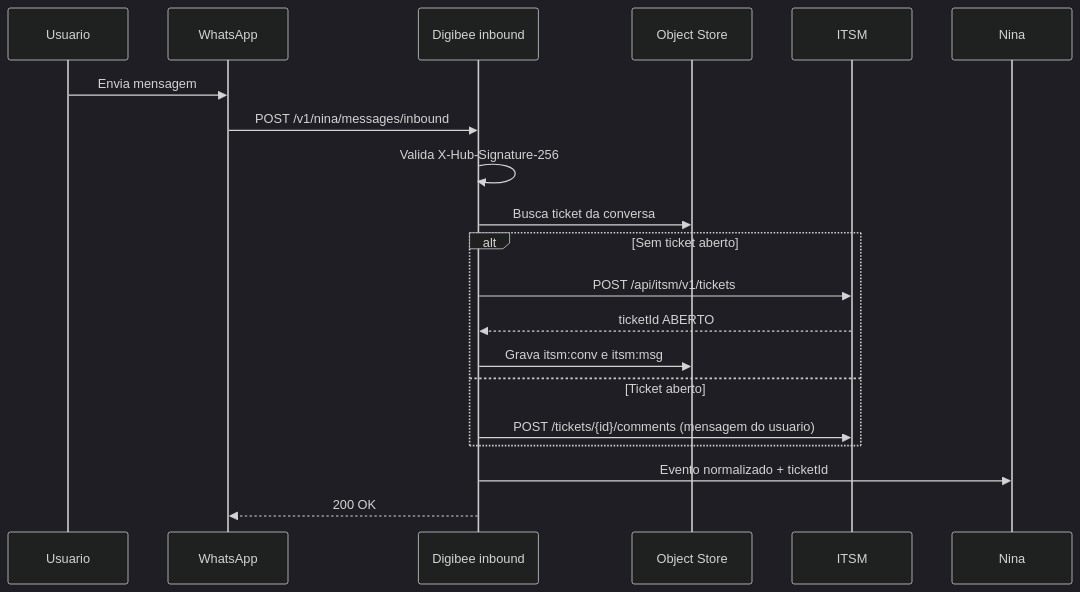
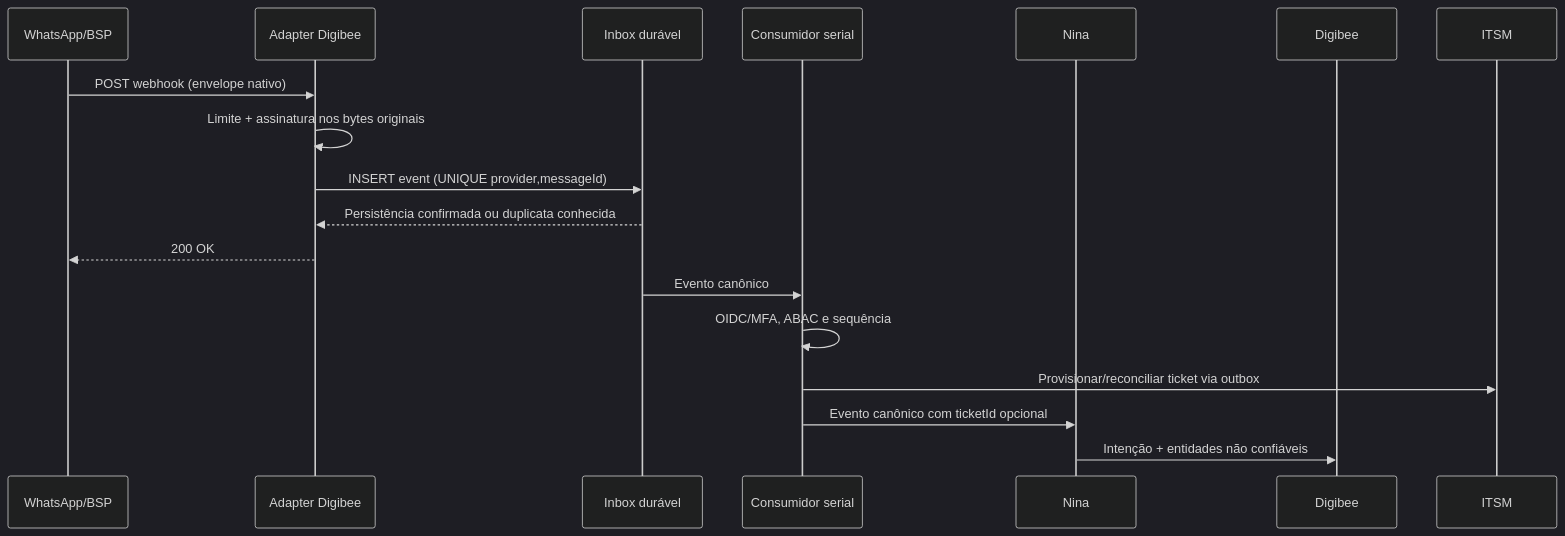
The second of 6 diagrams in README.md (anderson-figueiredo/rtvgpt-nina), drawn with Mermaid (dark theme) before and after one commit. The commit also changed other lines of this file and 3 other files, not shown here.

````diff
--- a/README.md
+++ b/README.md
@@ -423,23 +95,21 @@
 ```mermaid
 sequenceDiagram
-    participant U as Usuario
-    participant W as WhatsApp
-    participant D as Digibee inbound
-    participant S as Object Store
-    participant I as ITSM
+    participant W as WhatsApp/BSP
+    participant A as Adapter Digibee
+    participant I as Inbox durável
+    participant Q as Consumidor serial
     participant N as Nina
+    participant D as Digibee
+    participant T as ITSM
 
-    U->>W: Envia mensagem
-    W->>D: POST /v1/nina/messages/inbound
-    D->>D: Valida X-Hub-Signature-256
-    D->>S: Busca ticket da conversa
-    alt Sem ticket aberto
-        D->>I: POST /api/itsm/v1/tickets
-        I-->>D: ticketId ABERTO
-        D->>S: Grava itsm:conv e itsm:msg
-    else Ticket aberto
-        D->>I: POST /tickets/{id}/comments (mensagem do usuario)
-    end
-    D->>N: Evento normalizado + ticketId
-    D-->>W: 200 OK
+    W->>A: POST webhook (envelope nativo)
+    A->>A: Limite + assinatura nos bytes originais
+    A->>I: INSERT event (UNIQUE provider,messageId)
+    I-->>A: Persistência confirmada ou duplicata conhecida
+    A-->>W: 200 OK
+    I->>Q: Evento canônico
+    Q->>Q: OIDC/MFA, ABAC e sequência
+    Q->>T: Provisionar/reconciliar ticket via outbox
+    Q->>N: Evento canônico com ticketId opcional
+    N->>D: Intenção + entidades não confiáveis
 ```
````
